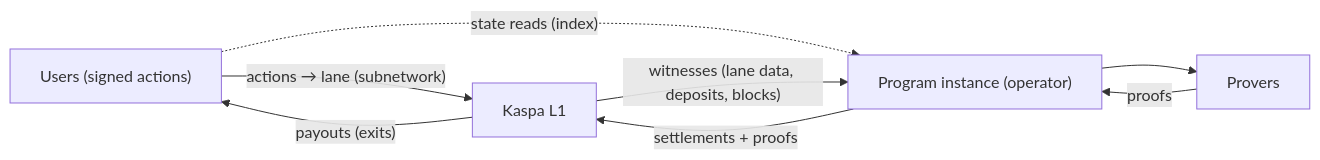
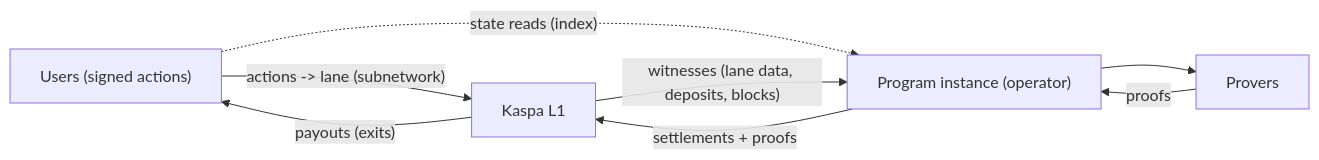
Before and after one commit to biryukovmaxim/vprogs-workshop: the diagram in src/based-rollup.md, drawn with Mermaid. The commit also changed other lines of this file and 11 other files, not shown here.

First line of the commit message:
workshop: second reader pass, honest history claim, mermaid ASCII

````diff
--- a/src/based-rollup.md
+++ b/src/based-rollup.md
@@ -36,10 +38,10 @@
 ```mermaid
 flowchart LR
-    U["Users (signed actions)"] -- "actions → lane (subnetwork)" --> L1["Kaspa L1"]
+    U["Users (signed actions)"] -- "actions -> lane (subnetwork)" --> L1["Kaspa L1"]
     U -. "state reads (index)" .-> OP["Program instance (operator)"]
     OP --> PR["Provers"]
     PR -- "proofs" --> OP
     OP -- "settlements + proofs" --> L1
     L1 -- "witnesses (lane data, deposits, blocks)" --> OP
     L1 -- "payouts (exits)" --> U
 ```
````
